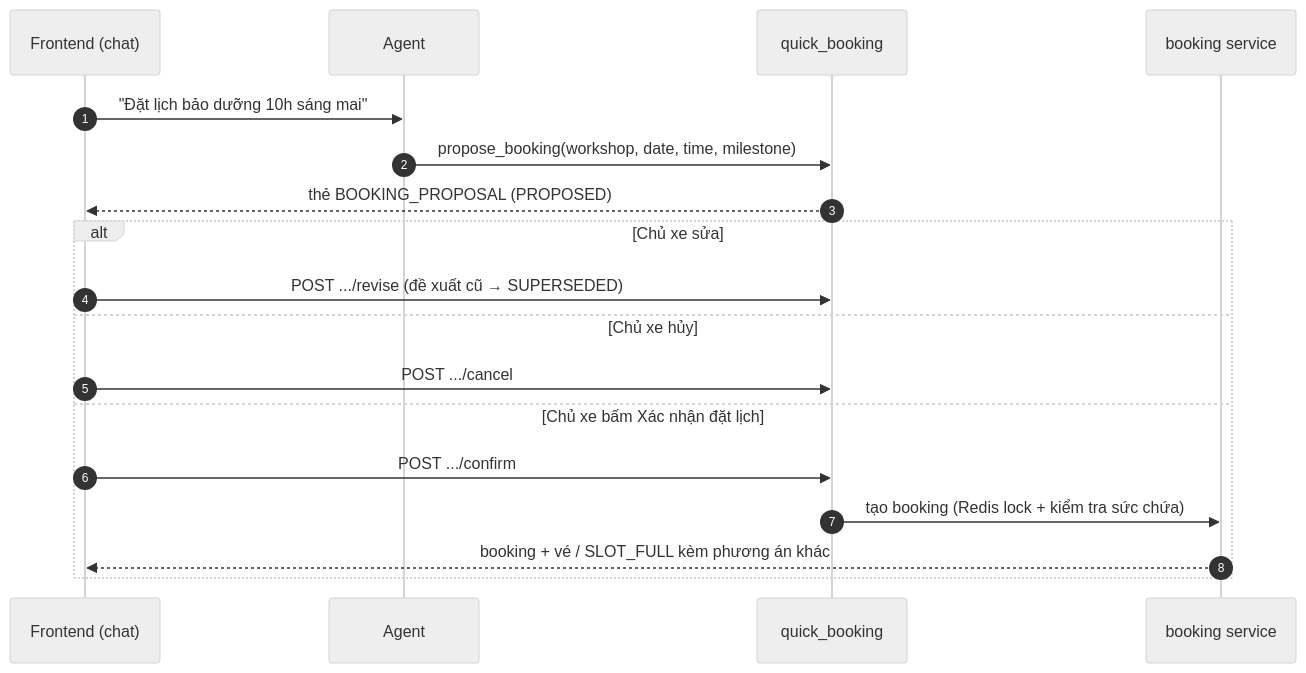
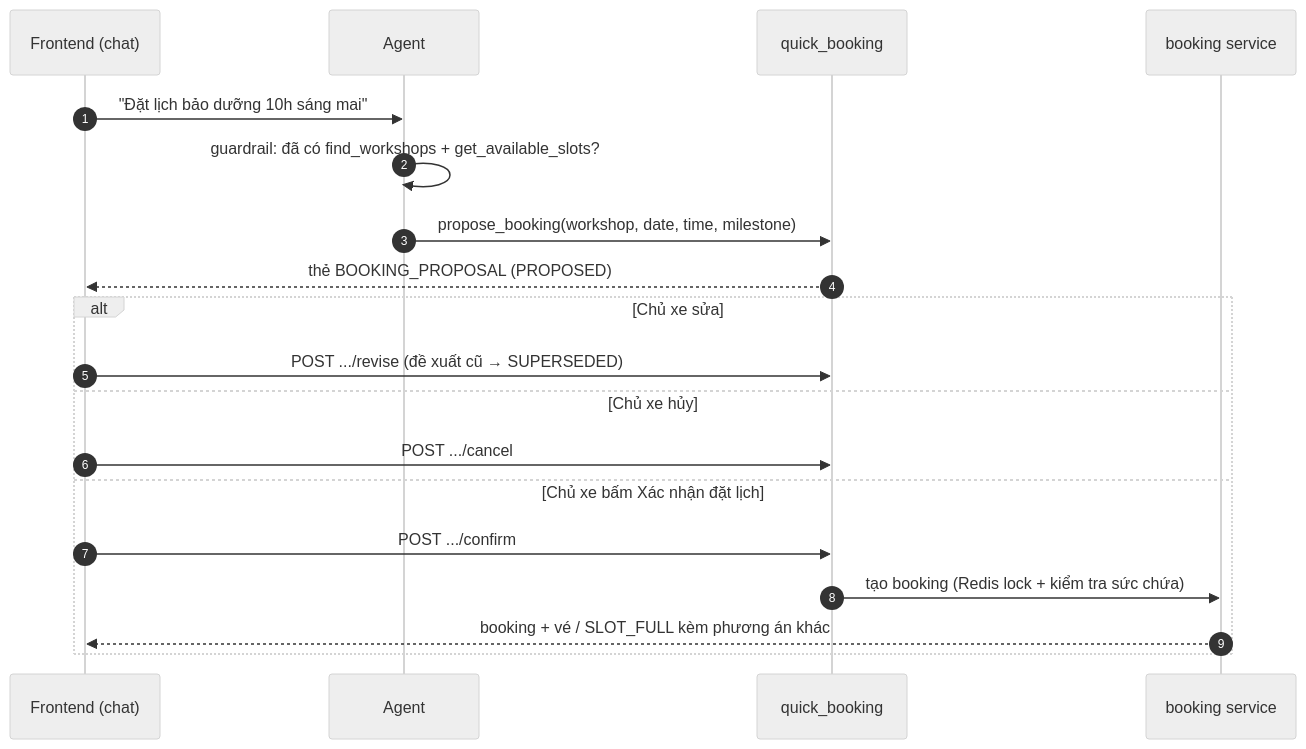
Before and after one commit to tungld9999blacksmith/mvp-40-days-deployments-team-146: the seventh of 8 diagrams in docs/architecture.md, drawn with Mermaid (neutral theme). The commit also changed other lines of this file and 240 other files, not shown here.

````diff
--- a/docs/architecture.md
+++ b/docs/architecture.md
@@ -315,20 +358,21 @@
 ```mermaid
 sequenceDiagram
     autonumber
     participant FE as Frontend (chat)
     participant AG as Agent
     participant QB as quick_booking
     participant BK as booking service
     FE->>AG: "Đặt lịch bảo dưỡng 10h sáng mai"
+    AG->>AG: guardrail: đã có find_workshops + get_available_slots?
     AG->>QB: propose_booking(workshop, date, time, milestone)
     QB-->>FE: thẻ BOOKING_PROPOSAL (PROPOSED)
     alt Chủ xe sửa
         FE->>QB: POST .../revise (đề xuất cũ → SUPERSEDED)
     else Chủ xe hủy
         FE->>QB: POST .../cancel
     else Chủ xe bấm Xác nhận đặt lịch
         FE->>QB: POST .../confirm
         QB->>BK: tạo booking (Redis lock + kiểm tra sức chứa)
         BK-->>FE: booking + vé / SLOT_FULL kèm phương án khác
     end
 ```
````
